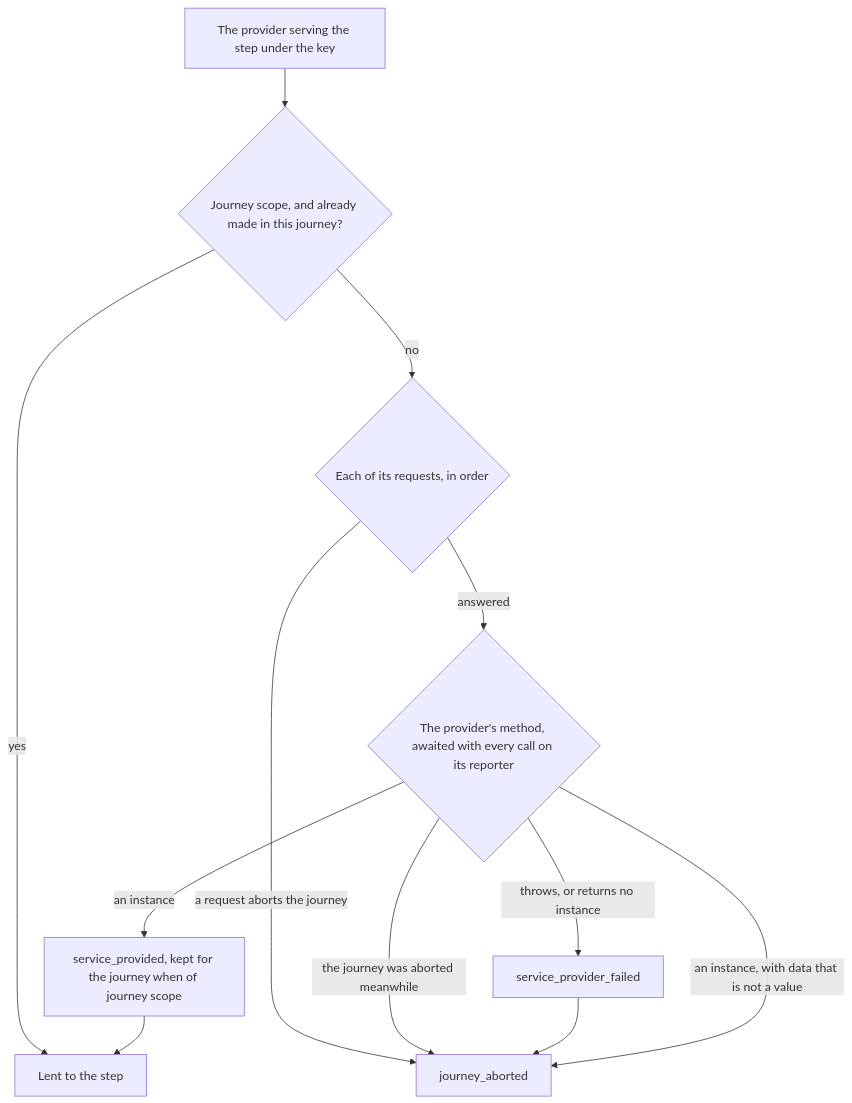
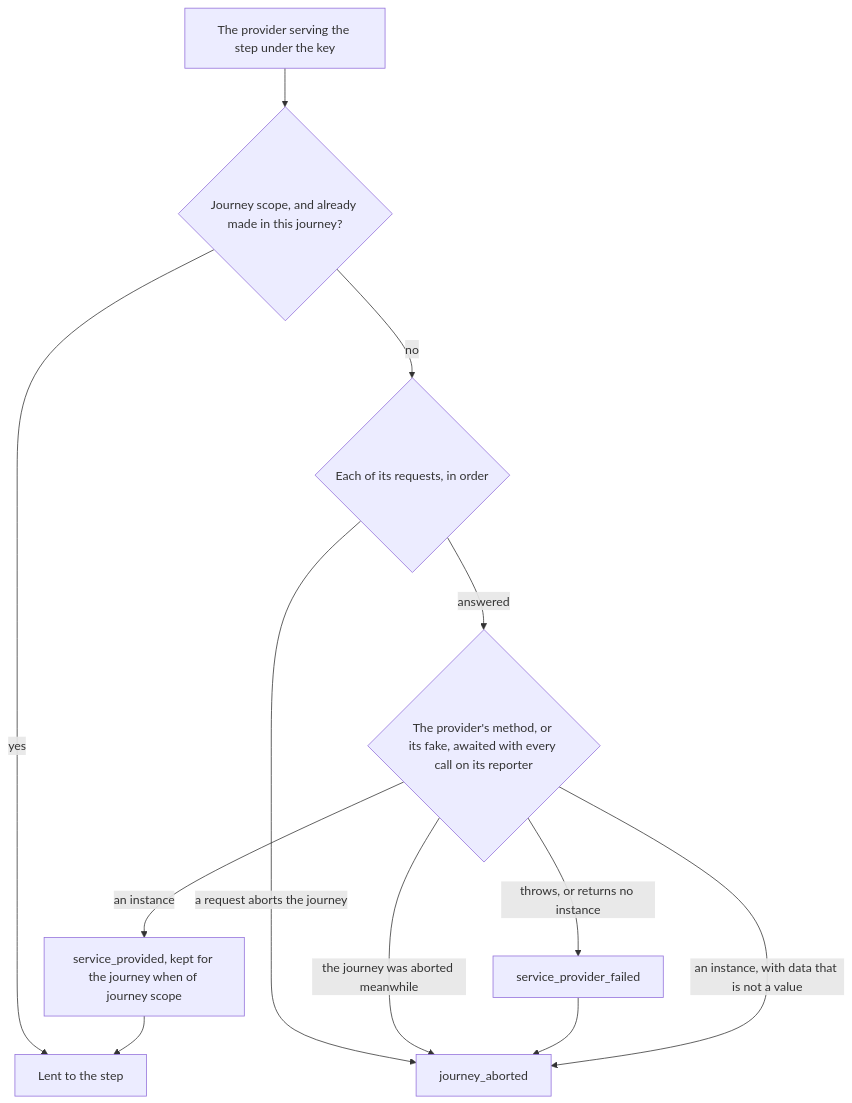
Before and after one commit to itinera-dev/itinera-ts: the ninth of 12 diagrams in docs/architecture.md, drawn with Mermaid. The commit also changed other lines of this file and 2 other files, not shown here.

First line of the commit message:
docs: describe fake providers, scripted runs and recorders

````diff
--- a/docs/architecture.md
+++ b/docs/architecture.md
@@ -301,16 +301,16 @@
 ```mermaid
 flowchart TD
     accTitle: How the engine lends a step a service
-    accDescr: For each service the step's run requests, in order, the engine finds the provider serving the step under its key. A provider of journey scope that already made an instance in this journey lends it again, with no event. Otherwise the engine answers the provider's requests in order, from the journey, the data bag or the attempt, lending it a provider reporter of its own when it requests one, and a request that aborts the journey stops there, before the provider is called. It calls the provider's method and awaits it and every call it made on its reporter, then closes the reporter. A journey aborted meanwhile stands. A provider that throws, or returns what this.provide does not make, emits service_provider_failed and aborts the journey with step could not be built. Data that is not a value aborts it with not a value, with no service event. Otherwise the engine emits service_provided, naming the implementation and carrying the data, keeps the instance for the journey when the provider is of journey scope, and lends it to the step's run, in the place it requests it. Once the journey ends, it lets go of every instance it kept.
+    accDescr: For each service the step's run requests, in order, the engine finds the provider serving the step under its key. A provider of journey scope that already made an instance in this journey lends it again, with no event. Otherwise the engine answers the provider's requests in order, from the journey, the data bag or the attempt, lending it a provider reporter of its own when it requests one, and a request that aborts the journey stops there, before the provider is called. It calls the provider's method, or the fake a test gave the instance in its place, and awaits it and every call it made on its reporter, then closes the reporter. A journey aborted meanwhile stands. A provider that throws, or returns what this.provide does not make, emits service_provider_failed and aborts the journey with step could not be built. Data that is not a value aborts it with not a value, with no service event. Otherwise the engine emits service_provided, naming the implementation and carrying the data, keeps the instance for the journey when the provider is of journey scope, and lends it to the step's run, in the place it requests it. Once the journey ends, it lets go of every instance it kept.
     find["The provider serving the step under the key"] --> kept{"Journey scope, and already made in this journey?"}
     kept -->|"yes"| lent["Lent to the step"]
     kept -->|"no"| answers{"Each of its requests, in order"}
     answers -->|"a request aborts the journey"| aborted["journey_aborted"]
-    answers -->|"answered"| method{"The provider's method, awaited with every call on its reporter"}
+    answers -->|"answered"| method{"The provider's method, or its fake, awaited with every call on its reporter"}
     method -->|"the journey was aborted meanwhile"| aborted
     method -->|"throws, or returns no instance"| failed["service_provider_failed"]
     failed --> aborted
     method -->|"an instance, with data that is not a value"| aborted
     method -->|"an instance"| provided["service_provided, kept for the journey when of journey scope"]
     provided --> lent
 ```
````
